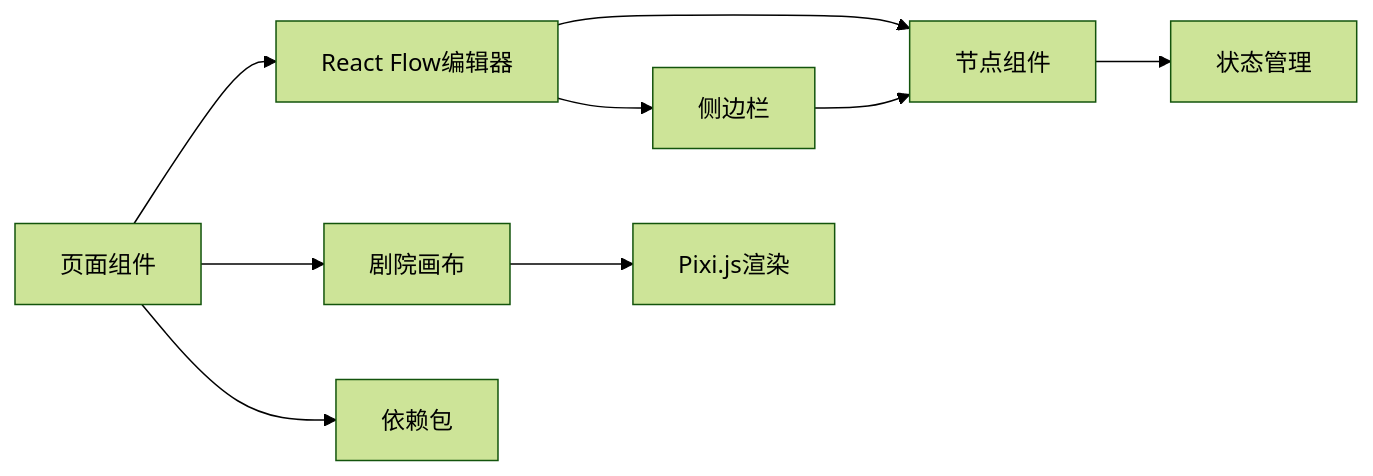
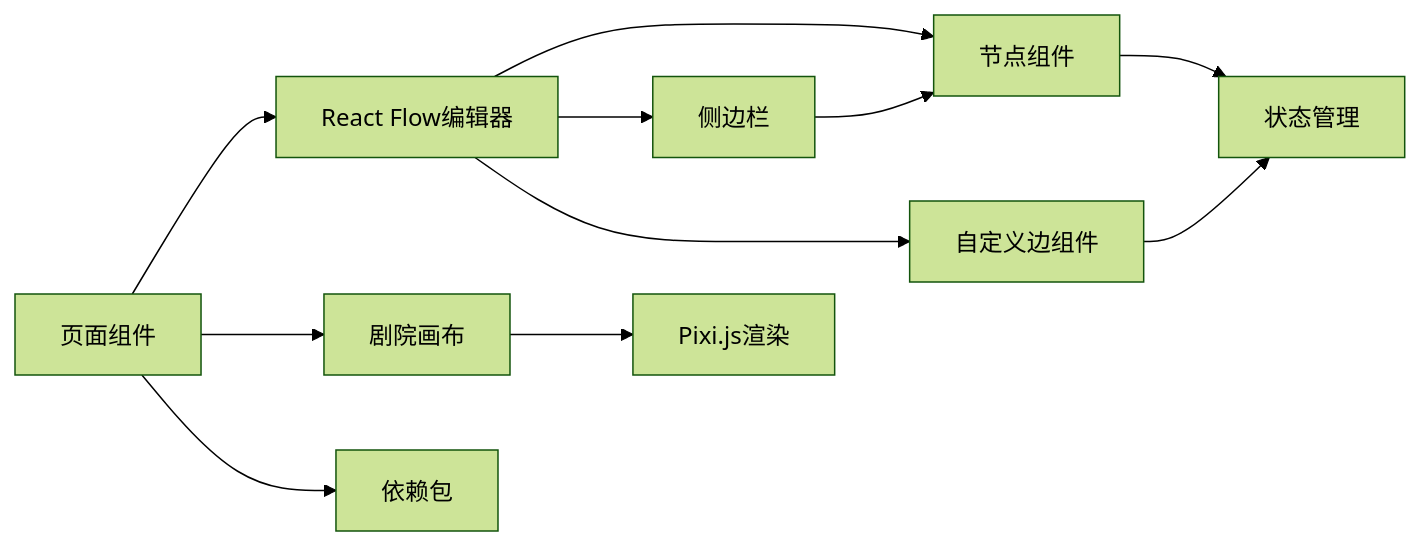
The fifth of 5 diagrams in .qoder/repowiki/zh/content/前端开发指南/游戏画布渲染系统.md (KunLabAI/KunFlix), drawn with Mermaid (forest theme) before and after one commit. The commit also changed other lines of this file and 24 other files, not shown here.

````diff
--- a/.qoder/repowiki/zh/content/前端开发指南/游戏画布渲染系统.md
+++ b/.qoder/repowiki/zh/content/前端开发指南/游戏画布渲染系统.md
@@ -325,11 +407,13 @@
 ```mermaid
 graph LR
 P["页面组件"] --> RC["React Flow编辑器"]
 P --> TC["剧院画布"]
 RC --> NC["节点组件"]
 RC --> SB["侧边栏"]
+RC --> CE["自定义边组件"]
 NC --> SM["状态管理"]
 SB --> NC
+CE --> SM
 TC --> PX["Pixi.js渲染"]
 P --> DEP["依赖包"]
 ```
````
